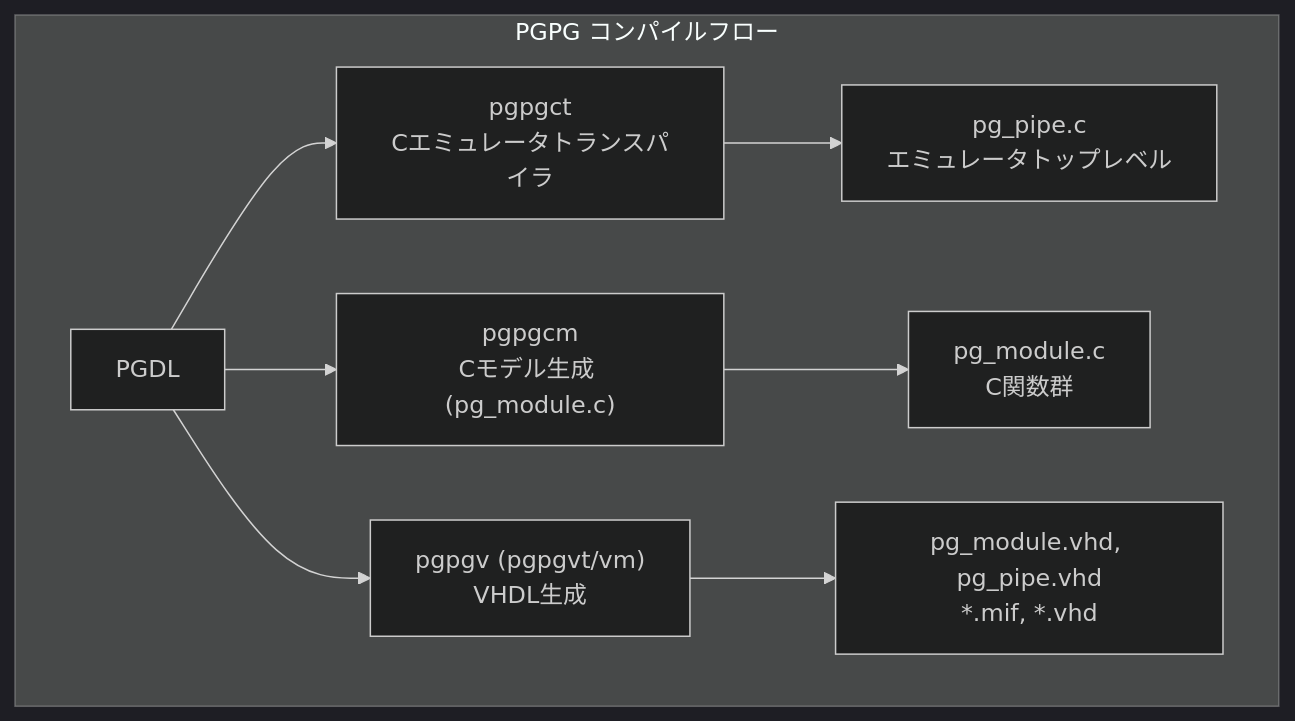
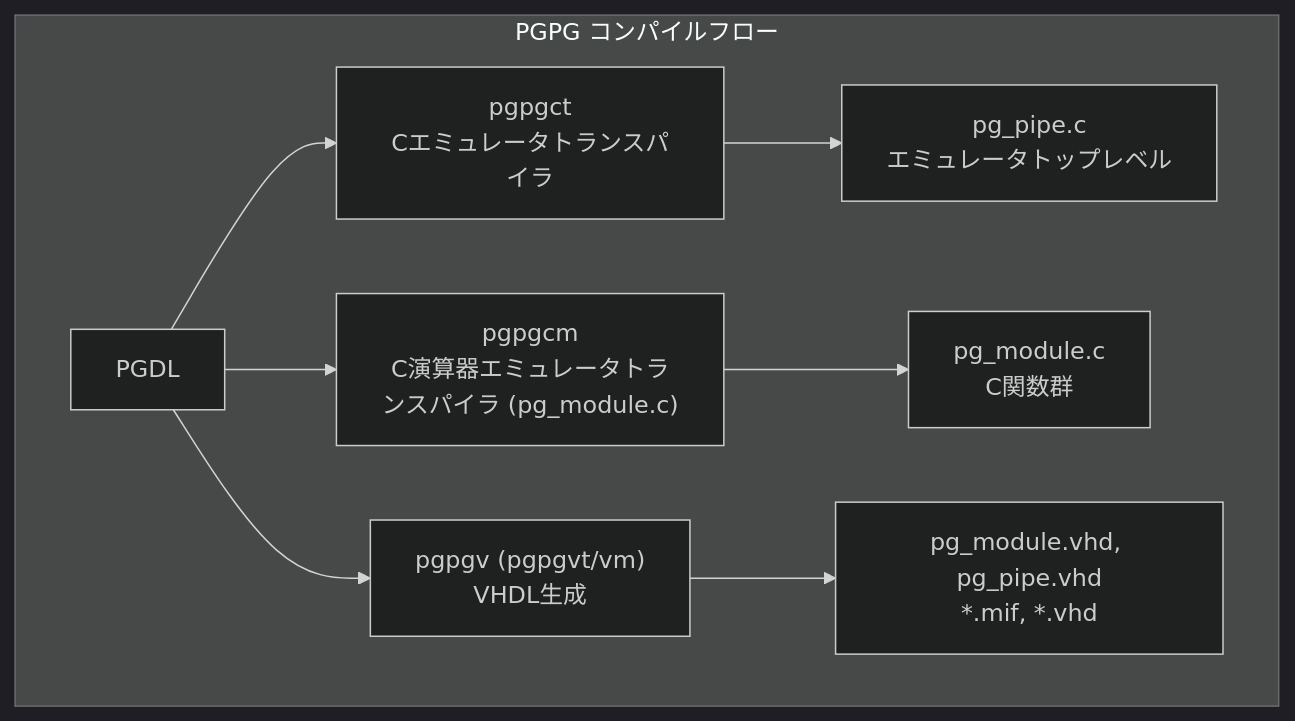
One commit to thamada/pgpg changed the diagram in doc/design.md. Above: the diagram before and after it, drawn with Mermaid (dark theme). The commit also changed other lines of this file and 2 other files, not shown here.

````diff
--- a/doc/design.md
+++ b/doc/design.md
@@ -61,22 +61,22 @@
 ```mermaid
 flowchart TB
     subgraph flow["PGPG コンパイルフロー"]
         A["PGDL"]
 
         A --> D
         A --> E
         A --> F
 
         D["pgpgct<br/>Cエミュレータトランスパイラ"]
-        E["pgpgcm<br/>Cモデル生成 (pg_module.c)"]
+        E["pgpgcm<br/>C演算器エミュレータトランスパイラ (pg_module.c)"]
         F["pgpgv (pgpgvt/vm)<br/>VHDL生成"]
 
         D --> G
         E --> H
         F --> I
 
         G["pg_pipe.c<br/>エミュレータトップレベル"]
         H["pg_module.c<br/>C関数群"]
         I["pg_module.vhd, pg_pipe.vhd<br/>*.mif, *.vhd"]
     end
 ```
````
